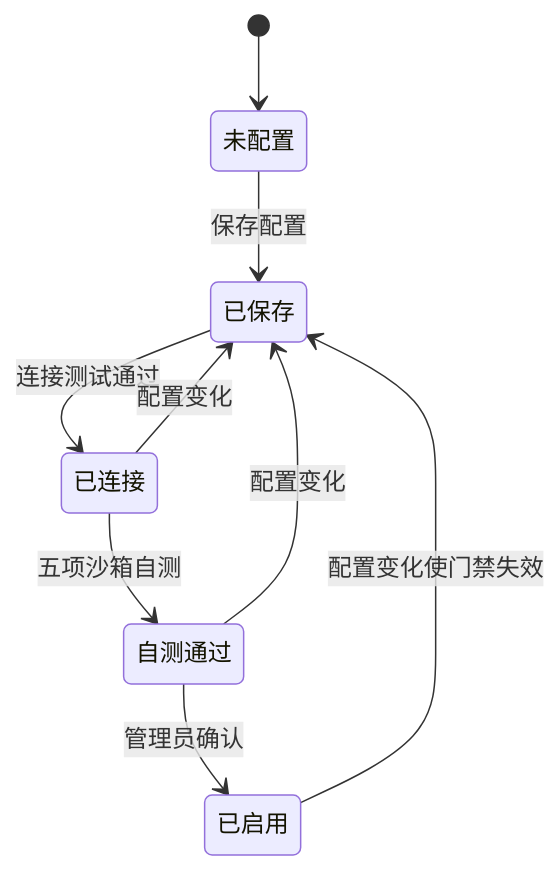
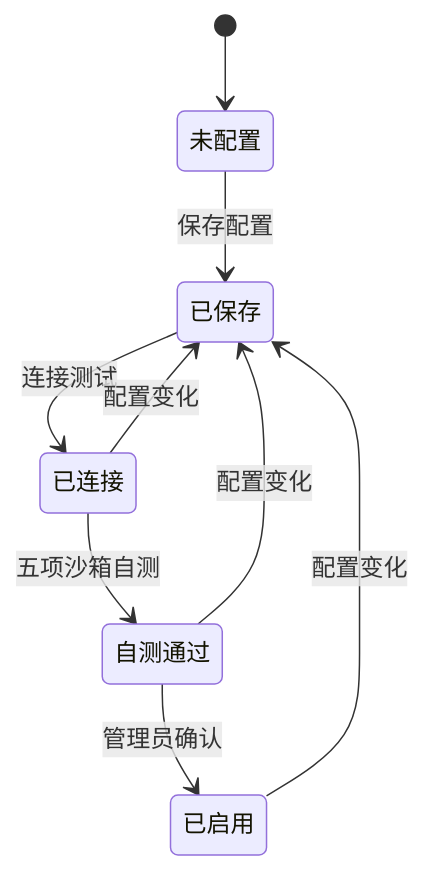
The fourth of 7 diagrams in docs/product-functional-spec.md (IntelliPathway/luheng-fulfillops-cloud), drawn with Mermaid before and after one commit. The commit also changed other lines of this file and 50 other files, not shown here.

````diff
--- a/docs/product-functional-spec.md
+++ b/docs/product-functional-spec.md
@@ -152,11 +102,11 @@
 ```mermaid
 stateDiagram-v2
     [*] --> 未配置
     未配置 --> 已保存: 保存配置
-    已保存 --> 已连接: 连接测试通过
+    已保存 --> 已连接: 连接测试
     已连接 --> 自测通过: 五项沙箱自测
     自测通过 --> 已启用: 管理员确认
     已连接 --> 已保存: 配置变化
     自测通过 --> 已保存: 配置变化
-    已启用 --> 已保存: 配置变化使门禁失效
+    已启用 --> 已保存: 配置变化
 ```
````
